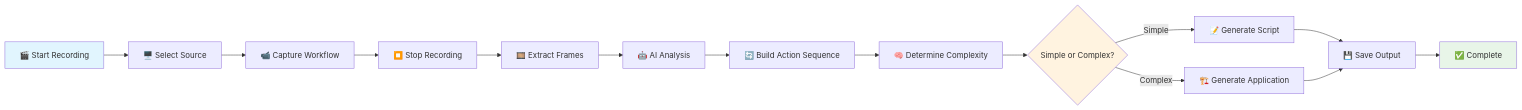
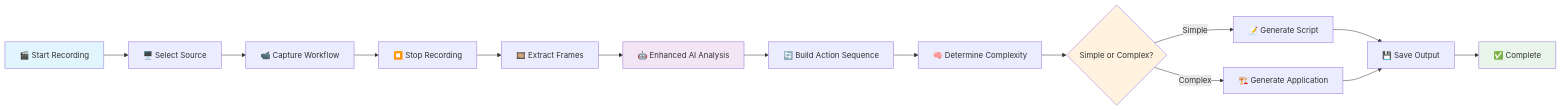
One commit to usemanusai/pic2tool changed the third of 4 diagrams in README.md. Above: the diagram before and after it, drawn with Mermaid. The commit also changed other lines of this file and 34 other files, not shown here.

````diff
--- a/README.md
+++ b/README.md
@@ -107,20 +198,21 @@
 ```mermaid
 flowchart LR
     A["🎬 Start Recording"] --> B["🖥️ Select Source"]
     B --> C["📹 Capture Workflow"]
     C --> D["⏹️ Stop Recording"]
     D --> E["🎞️ Extract Frames"]
-    E --> F["🤖 AI Analysis"]
+    E --> F["🤖 Enhanced AI Analysis"]
     F --> G["🔄 Build Action Sequence"]
     G --> H["🧠 Determine Complexity"]
     H --> I{"Simple or Complex?"}
     I -->|Simple| J["📝 Generate Script"]
     I -->|Complex| K["🏗️ Generate Application"]
     J --> L["💾 Save Output"]
     K --> L
     L --> M["✅ Complete"]
 
     style A fill:#e1f5fe
     style M fill:#e8f5e8
     style I fill:#fff3e0
+    style F fill:#f3e5f5
 ```
````
